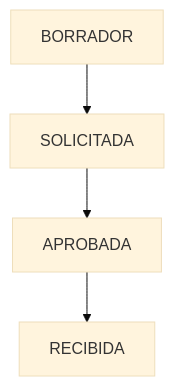
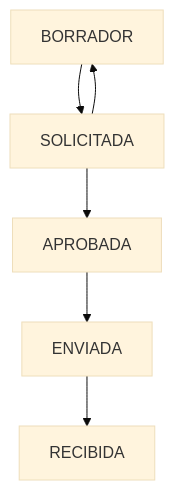
One commit to carleetho/budgetpro changed the diagram in docs/canonical/modules/COMPRAS_MODULE_CANONICAL.md. Above: the diagram before and after it, drawn with Mermaid (base theme). The commit also changed other lines of this file, not shown here.

````diff
--- a/docs/canonical/modules/COMPRAS_MODULE_CANONICAL.md
+++ b/docs/canonical/modules/COMPRAS_MODULE_CANONICAL.md
@@ -53,6 +54,8 @@
 ```mermaid
 graph TD
     BORRADOR --> SOLICITADA
     SOLICITADA --> APROBADA
-    APROBADA --> RECIBIDA
+    APROBADA --> ENVIADA
+    ENVIADA --> RECIBIDA
+    SOLICITADA --> BORRADOR
 ```
````
